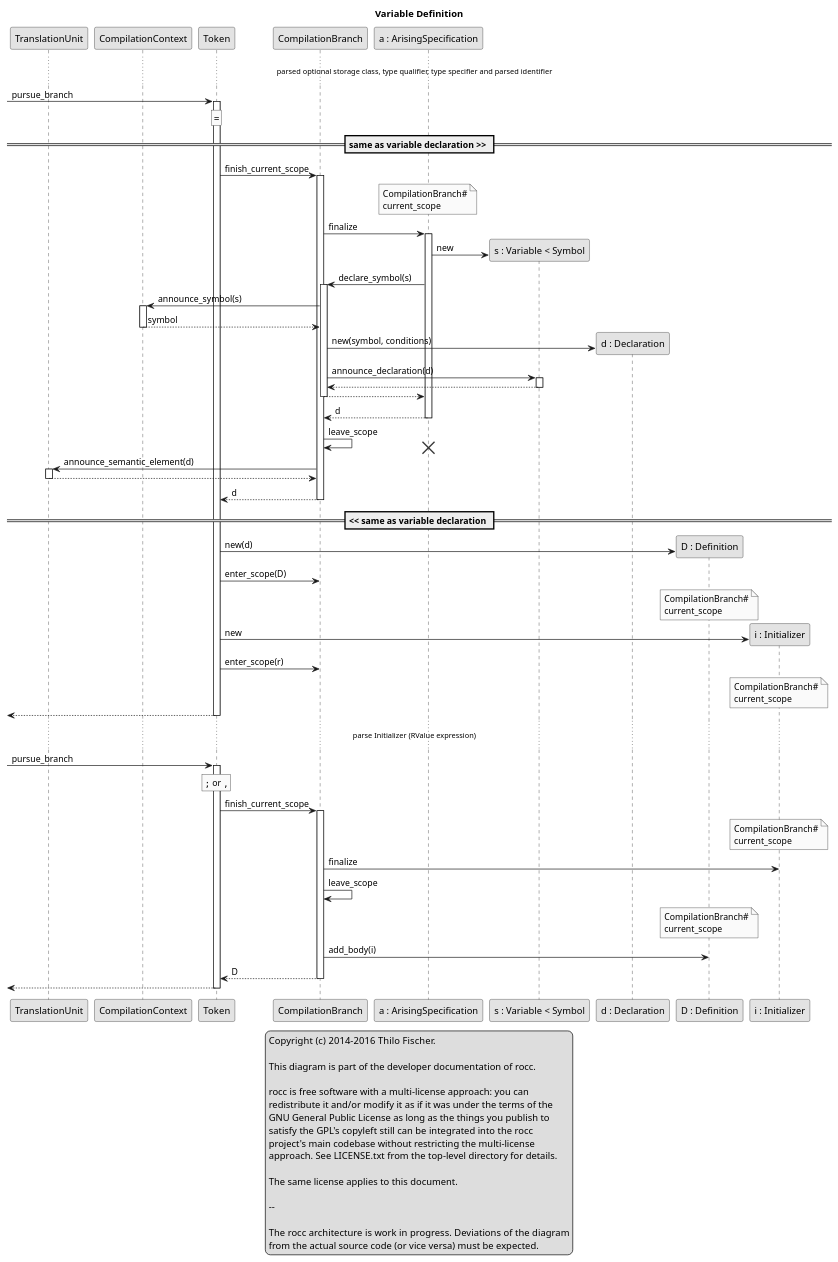
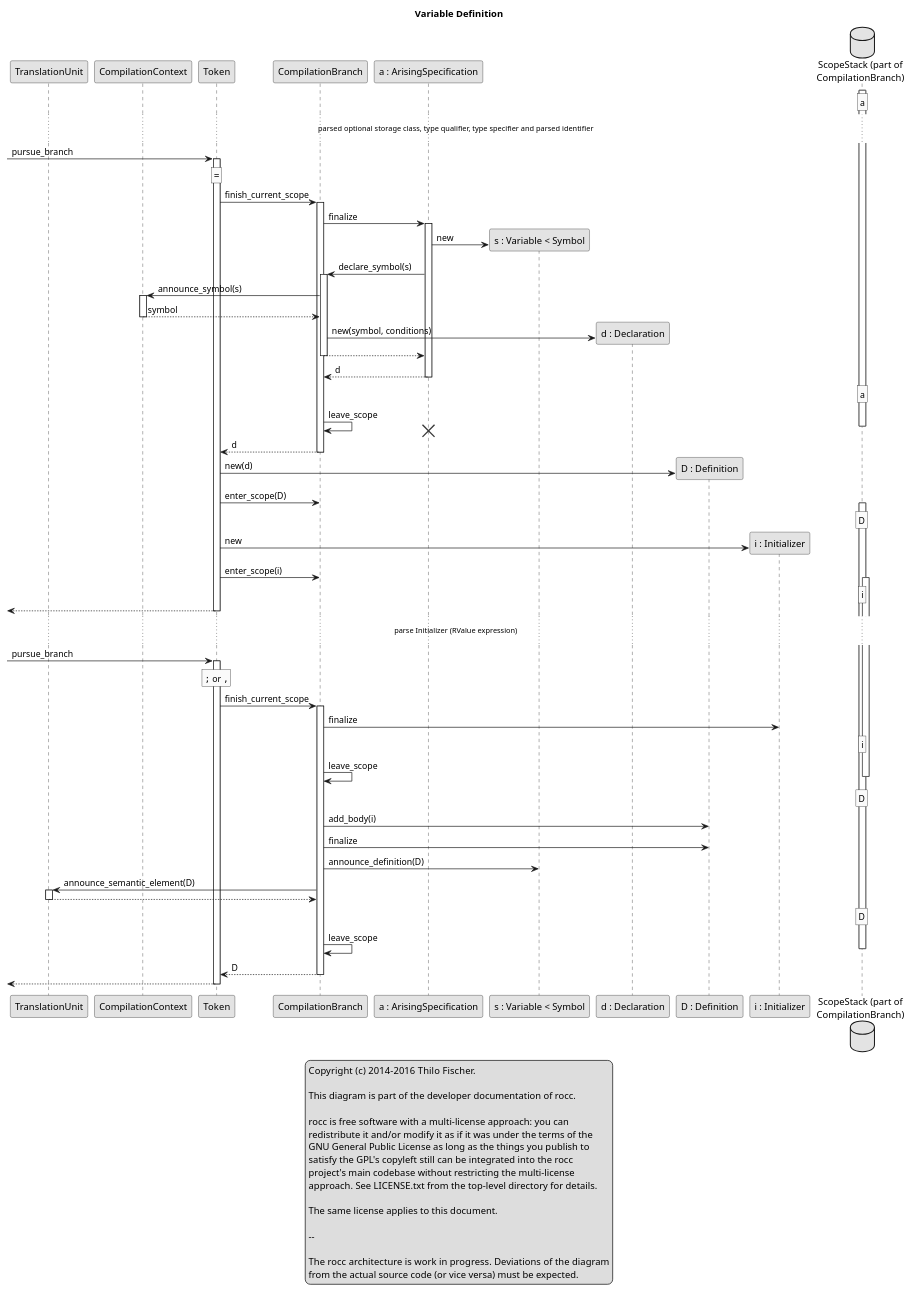
One commit to thilo-fischer/rocc changed the diagram in design/snippets/symbol-instantiation_variable-definition.puml. Above: the diagram before and after it, drawn with PlantUML. The commit also changed 4 other files, not shown here.

```diff
--- a/design/snippets/symbol-instantiation_variable-definition.puml
+++ b/design/snippets/symbol-instantiation_variable-definition.puml
@@ -1,129 +1,144 @@
 @startuml
 
 legend center
   Copyright (c) 2014-2016  Thilo Fischer.
   
   This diagram is part of the developer documentation of rocc.
  
   rocc is free software with a multi-license approach: you can
   redistribute it and/or modify it as if it was under the terms of the
   GNU General Public License as long as the things you publish to
   satisfy the GPL's copyleft still can be integrated into the rocc
   project's main codebase without restricting the multi-license
   approach. See LICENSE.txt from the top-level directory for details.
  
   The same license applies to this document.
 
   --
 
   The rocc architecture is work in progress.  Deviations of the diagram
   from the actual source code (or vice versa) must be expected.
 endlegend
 
 skinparam monochrome true
 
 title Variable Definition
 
 participant TranslationUnit
 participant CompilationContext
 participant Token
 participant CompilationBranch
 participant "a : ArisingSpecification" as ArisingSpecification
 participant "s : Variable < Symbol" as Symbol
 participant "d : Declaration" as Declaration
 participant "D : Definition" as Definition
 participant "i : Initializer" as Initializer
+database "ScopeStack (part of\nCompilationBranch)" as ScopeStack
+
+activate ScopeStack
+rnote over ScopeStack : a
 
 ... parsed optional storage class, type qualifier, type specifier and parsed identifier ...
 
 [-> Token : pursue_branch
 rnote over Token : ""=""
 
 activate Token
 
-== same as variable declaration >> ==
-
 Token -> CompilationBranch : finish_current_scope
 activate CompilationBranch
 
-note over ArisingSpecification : CompilationBranch#\ncurrent_scope
+'note over ArisingSpecification : CompilationBranch#\ncurrent_scope
 CompilationBranch -> ArisingSpecification : finalize
 activate ArisingSpecification
 
 create Symbol
 ArisingSpecification -> Symbol : new
 
 ArisingSpecification -> CompilationBranch : declare_symbol(s)
 activate CompilationBranch
 
 CompilationBranch -> CompilationContext : announce_symbol(s)
 activate CompilationContext
 CompilationBranch <-- CompilationContext : symbol
 deactivate CompilationContext
 
 create Declaration
 CompilationBranch -> Declaration : new(symbol, conditions)
 
-CompilationBranch -> Symbol : announce_declaration(d)
-activate Symbol
-CompilationBranch <-- Symbol
-deactivate Symbol
-
 ArisingSpecification <-- CompilationBranch
 deactivate CompilationBranch
 
 CompilationBranch <-- ArisingSpecification : d
 deactivate ArisingSpecification
 
+rnote over ScopeStack : a
 CompilationBranch -> CompilationBranch : leave_scope
+deactivate ScopeStack
 destroy ArisingSpecification
-
-CompilationBranch -> TranslationUnit : announce_semantic_element(d)
-activate TranslationUnit
-CompilationBranch <-- TranslationUnit
-deactivate TranslationUnit
 
 Token <-- CompilationBranch : d
 deactivate CompilationBranch
 
-== << same as variable declaration ==
-
 create Definition
 Token -> Definition : new(d)
 Token -> CompilationBranch : enter_scope(D)
-note over Definition : CompilationBranch#\ncurrent_scope
+activate ScopeStack
+rnote over ScopeStack : D
+'note over Definition : CompilationBranch#\ncurrent_scope
 
 create Initializer
 Token -> Initializer : new
-Token -> CompilationBranch : enter_scope(r)
-note over Initializer : CompilationBranch#\ncurrent_scope
+Token -> CompilationBranch : enter_scope(i)
+activate ScopeStack
+rnote over ScopeStack : i
+'note over Initializer : CompilationBranch#\ncurrent_scope
 
 [<-- Token
 deactivate Token
 
 ... parse Initializer (RValue expression) ...
 
 [-> Token : pursue_branch
 rnote over Token : "";"" or "",""
 
 activate Token
 
 Token -> CompilationBranch : finish_current_scope
 activate CompilationBranch
 
-note over Initializer : CompilationBranch#\ncurrent_scope
+'note over Initializer : CompilationBranch#\ncurrent_scope
 CompilationBranch -> Initializer : finalize
 
+rnote over ScopeStack : i
 CompilationBranch -> CompilationBranch : leave_scope
+deactivate ScopeStack
+rnote over ScopeStack : D
 
-note over Definition : CompilationBranch#\ncurrent_scope
+'note over Definition : CompilationBranch#\ncurrent_scope
 
 CompilationBranch -> Definition : add_body(i)
+
+CompilationBranch -> Definition : finalize
+
+CompilationBranch -> Symbol : announce_definition(D)
+'activate Symbol
+'CompilationBranch <-- Symbol
+'deactivate Symbol
+
+CompilationBranch -> TranslationUnit : announce_semantic_element(D)
+activate TranslationUnit
+CompilationBranch <-- TranslationUnit
+deactivate TranslationUnit
+
+rnote over ScopeStack : D
+CompilationBranch -> CompilationBranch : leave_scope
+deactivate ScopeStack
 
 Token <-- CompilationBranch : D
 deactivate CompilationBranch
 
 [<-- Token
 deactivate Token
 
 @enduml
```
